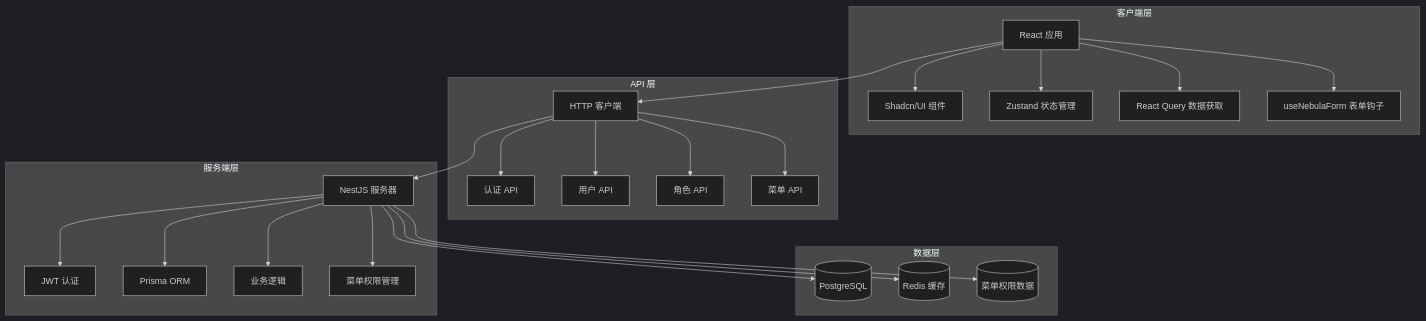
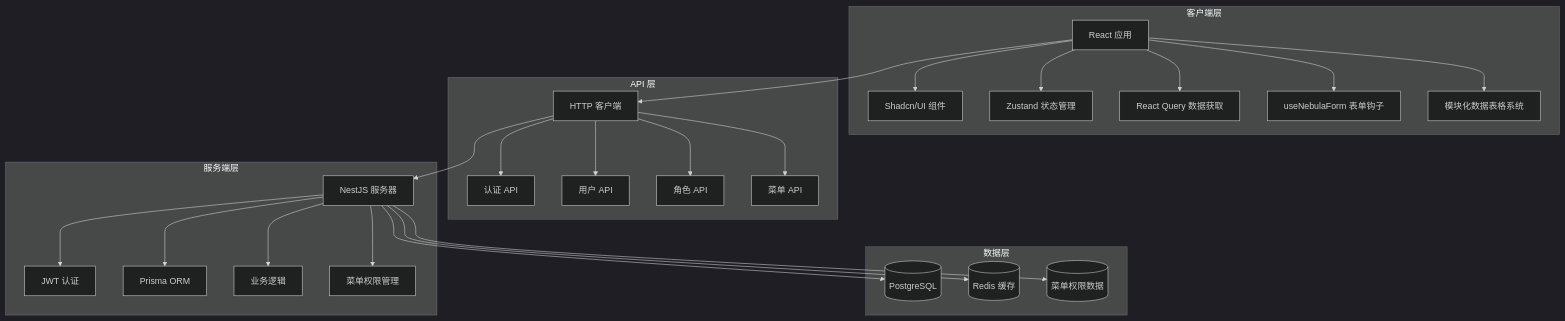
One commit to translateServers/nodes-stack changed the third of 12 diagrams in .qoder/repowiki/zh/content/开发工具/Shadcn_UI 技能系统.md. Above: the diagram before and after it, drawn with Mermaid (dark theme). The commit also changed other lines of this file and 9 other files, not shown here.

````diff
--- a/.qoder/repowiki/zh/content/开发工具/Shadcn_UI 技能系统.md
+++ b/.qoder/repowiki/zh/content/开发工具/Shadcn_UI 技能系统.md
@@ -154,31 +171,32 @@
 ```mermaid
 graph TB
 subgraph "客户端层"
 A[React 应用] --> B[Shadcn/UI 组件]
 A --> C[Zustand 状态管理]
 A --> D[React Query 数据获取]
 A --> E[useNebulaForm 表单钩子]
+A --> F[模块化数据表格系统]
 end
 subgraph "API 层"
-F[HTTP 客户端] --> G[认证 API]
-F --> H[用户 API]
-F --> I[角色 API]
-F --> J[菜单 API]
+G[HTTP 客户端] --> H[认证 API]
+G --> I[用户 API]
+G --> J[角色 API]
+G --> K[菜单 API]
 end
 subgraph "服务端层"
-K[NestJS 服务器] --> L[JWT 认证]
-K --> M[Prisma ORM]
-K --> N[业务逻辑]
-K --> O[菜单权限管理]
+L[NestJS 服务器] --> M[JWT 认证]
+L --> N[Prisma ORM]
+L --> O[业务逻辑]
+L --> P[菜单权限管理]
 end
 subgraph "数据层"
-P[(PostgreSQL)]
-Q[(Redis 缓存)]
-R[(菜单权限数据)]
+Q[(PostgreSQL)]
+R[(Redis 缓存)]
+S[(菜单权限数据)]
 end
-A --> F
-F --> K
-K --> P
-K --> Q
-K --> R
+A --> G
+G --> L
+L --> Q
+L --> R
+L --> S
 ```
````
